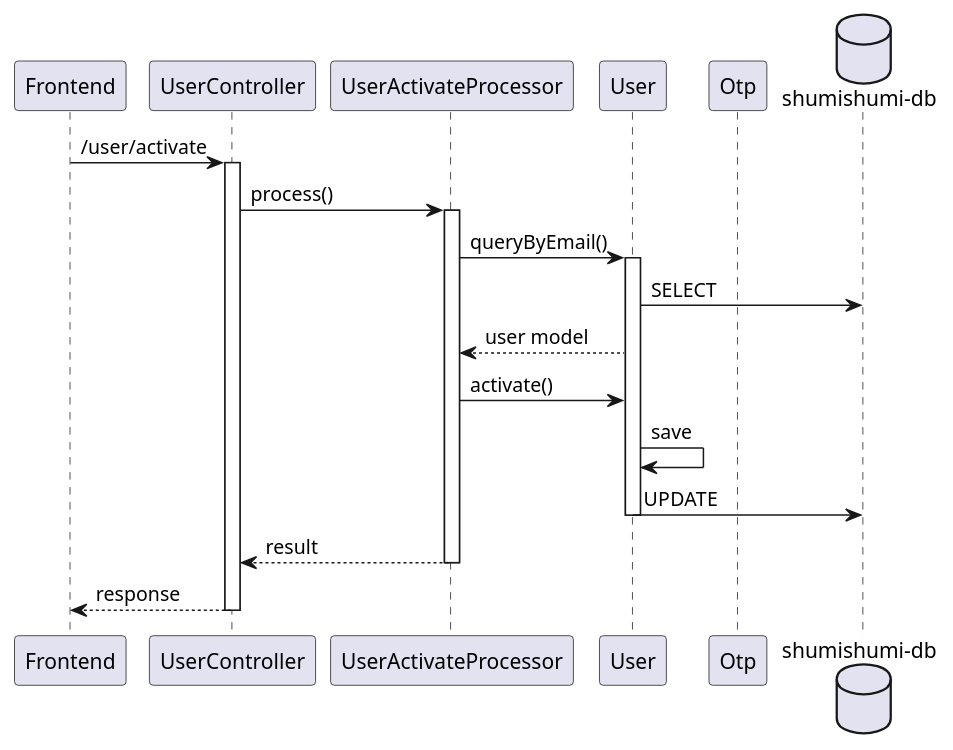
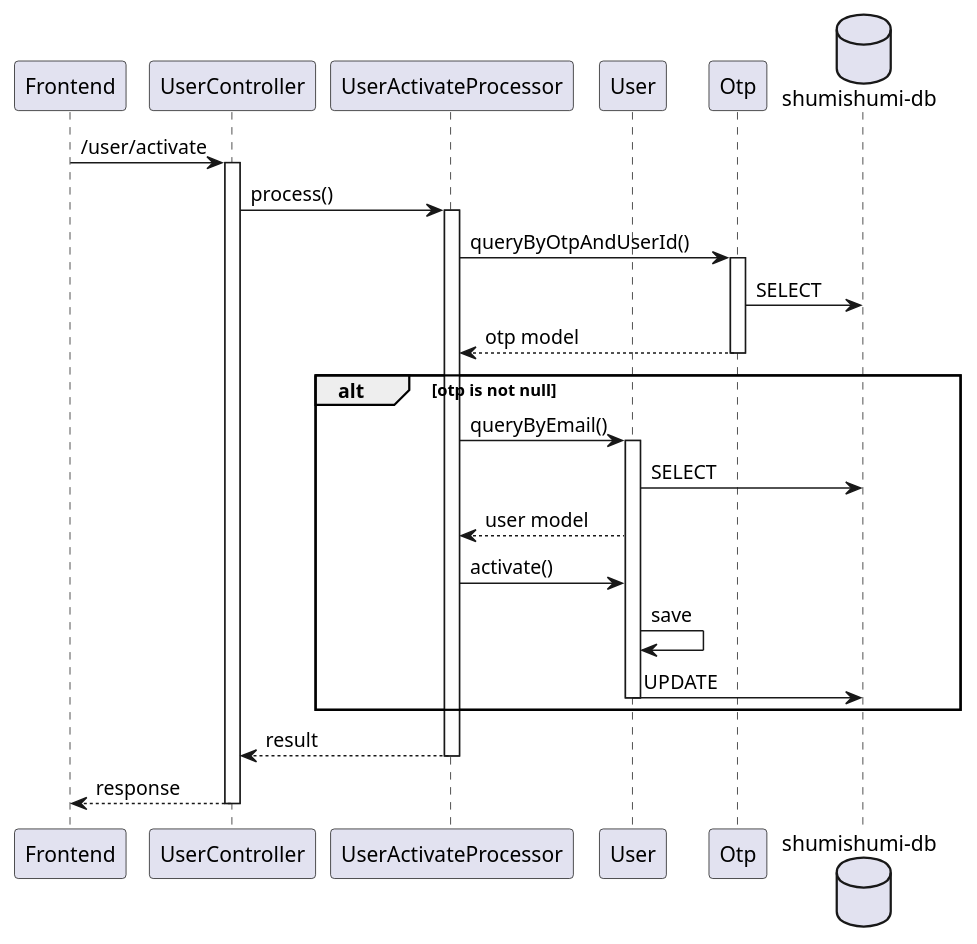
Before and after one commit to aldihsuhandi/skripsi-2023: the diagram in uml diagram/sequence diagram/BE/user controller/activate.pu, drawn with PlantUML. The commit also changed 6 other files, not shown here.

```diff
--- a/uml diagram/sequence diagram/BE/user controller/activate.pu
+++ b/uml diagram/sequence diagram/BE/user controller/activate.pu
@@ -1,28 +1,35 @@
 @startuml activate
 participant "Frontend" as fe
 participant "UserController" as uc
 
 participant "UserActivateProcessor" as proc
 
 participant "User" as um
 participant "Otp" as om
 
 database "shumishumi-db" as db
 
 fe -> uc++ : /user/activate
 uc -> proc++ : process()
 
-proc -> um++ : queryByEmail()
-um -> db : SELECT
-proc <-- um : user model
+proc -> om++ : queryByOtpAndUserId()
+om -> db : SELECT
+return otp model
 
-proc -> um : activate()
-um -> um : save
-um -> db : UPDATE
+alt otp is not null
+    proc -> um++ : queryByEmail()
+    um -> db : SELECT
+    proc <-- um : user model
 
-deactivate um
+    proc -> um : activate()
+    um -> um : save
+    um -> db : UPDATE
+
+    deactivate um
+end
+
 
 return result
 return response
 
 @enduml
```
